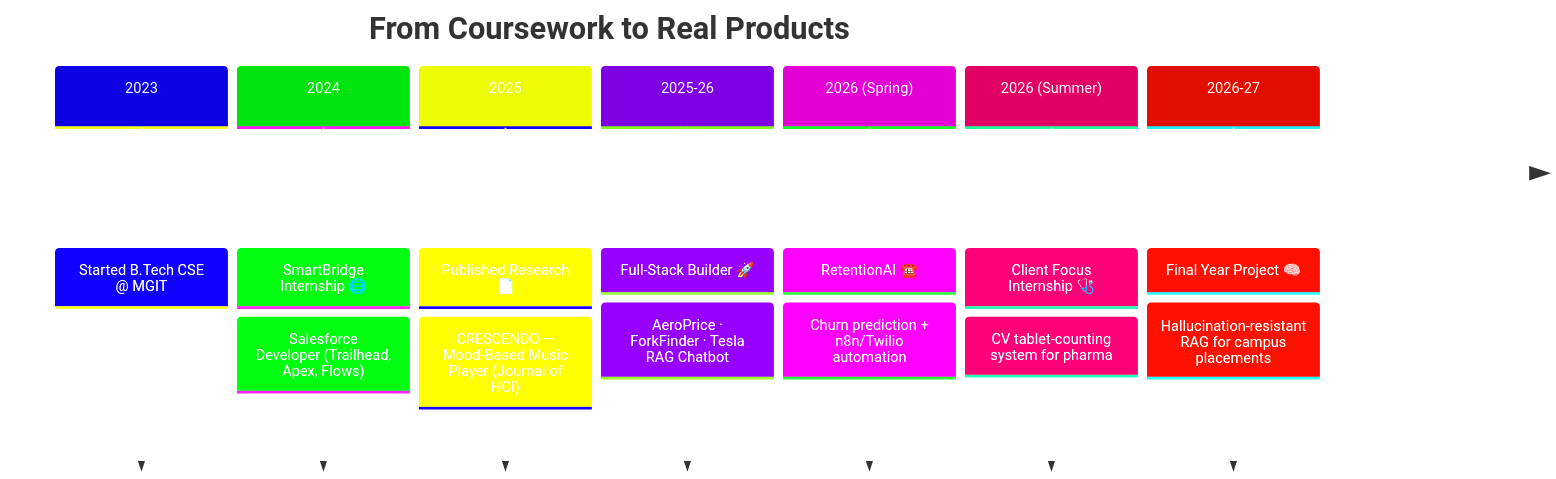
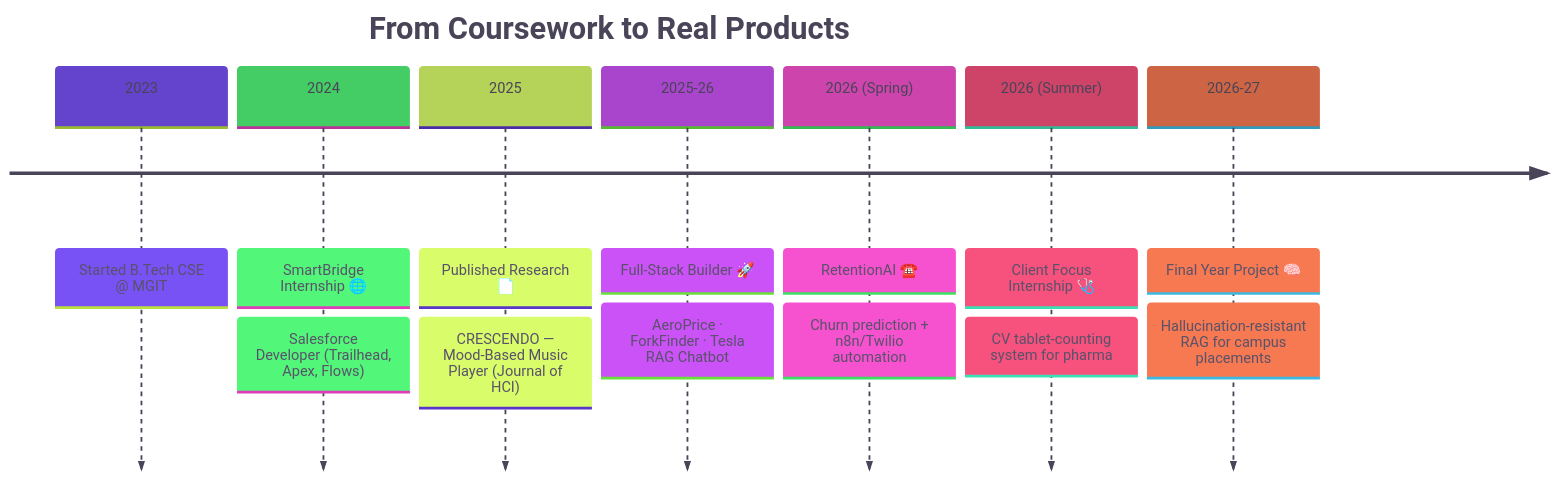
The diagram in README.md (Charvigosala/Charvigosala), drawn with Mermaid before and after one commit. The commit also changed other lines of this file, not shown here.

````diff
--- a/README.md
+++ b/README.md
@@ -44,12 +44,12 @@
 ```mermaid
-%%{init: {'theme':'base', 'themeVariables': {'primaryColor':'#6C63FF','primaryTextColor':'#fff','primaryBorderColor':'#6C63FF','lineColor':'#8E7CFF','textColor':'#333'}}}%%
+%%{init: {'theme':'base', 'themeVariables': {'primaryColor':'#B8A9E8','primaryTextColor':'#4A4458','primaryBorderColor':'#B8A9E8','lineColor':'#F5B8D0','textColor':'#4A4458'}}}%%
 timeline
     title From Coursework to Real Products
     2023 : Started B.Tech CSE @ MGIT
     2024 : SmartBridge Internship 🌐 : Salesforce Developer (Trailhead, Apex, Flows)
     2025 : Published Research 📄 : CRESCENDO — Mood-Based Music Player (Journal of HCI)
     2025-26 : Full-Stack Builder 🚀 : AeroPrice · ForkFinder · Tesla RAG Chatbot
     2026 (Spring) : RetentionAI ☎️ : Churn prediction + n8n/Twilio automation
     2026 (Summer) : Client Focus Internship 🩺 : CV tablet-counting system for pharma
     2026-27 : Final Year Project 🧠 : Hallucination-resistant RAG for campus placements
 ```
````
